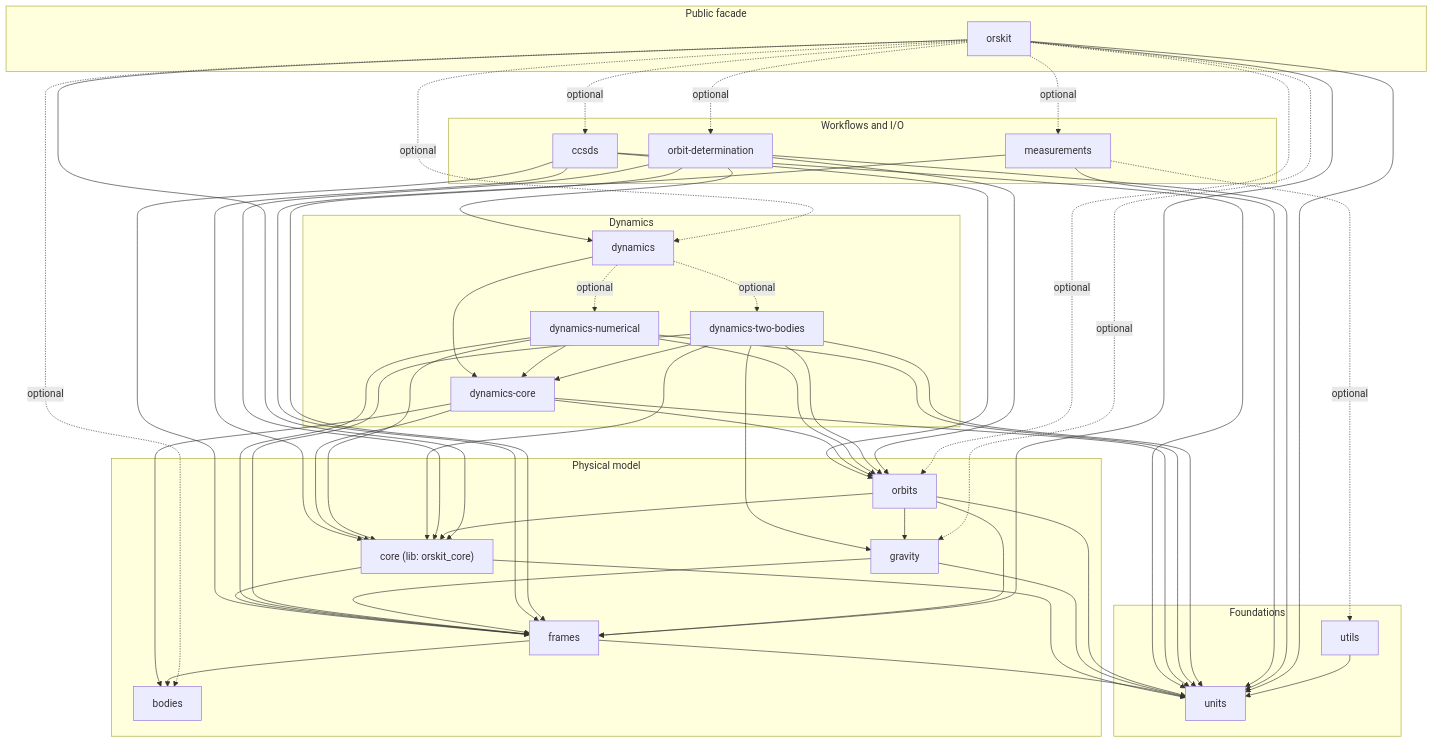
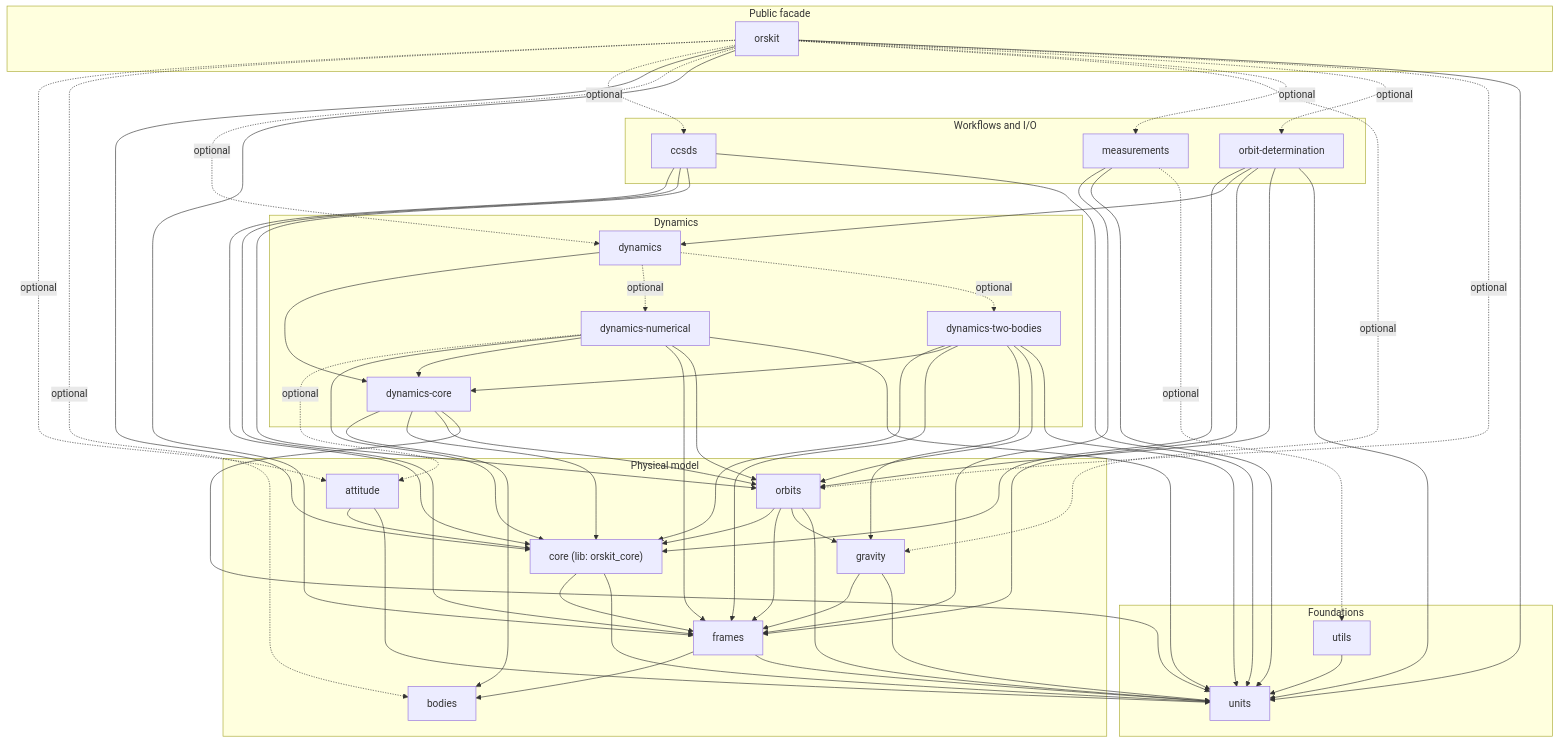
Before and after one commit to Wouittone/orskit: the diagram in docs/architecture.md, drawn with Mermaid. The commit also changed 22 other files, not shown here.

```diff
--- a/docs/architecture.md
+++ b/docs/architecture.md
@@ -24,6 +24,7 @@
     subgraph LAYER_PHYSICAL_MODEL["Physical model"]
         CORE["core (lib: orskit_core)"]
         ORBITS["orbits"]
+        ATTITUDE["attitude"]
         GRAVITY["gravity"]
         FRAMES["frames"]
         BODIES["bodies"]
@@ -32,6 +33,8 @@
         UTILS["utils"]
         UNITS["units"]
     end
+    ATTITUDE --> CORE
+    ATTITUDE --> UNITS
     CCSDS --> CORE
     CCSDS --> FRAMES
     CCSDS --> ORBITS
@@ -45,6 +48,7 @@
     DYNAMICS_CORE --> CORE
     DYNAMICS_CORE --> ORBITS
     DYNAMICS_CORE --> UNITS
+    DYNAMICS_NUMERICAL -.->|optional| ATTITUDE
     DYNAMICS_NUMERICAL --> CORE
     DYNAMICS_NUMERICAL --> DYNAMICS_CORE
     DYNAMICS_NUMERICAL --> FRAMES
@@ -72,6 +76,7 @@
     ORBITS --> FRAMES
     ORBITS --> GRAVITY
     ORBITS --> UNITS
+    ORSKIT -.->|optional| ATTITUDE
     ORSKIT -.->|optional| BODIES
     ORSKIT -.->|optional| CCSDS
     ORSKIT --> CORE
```
